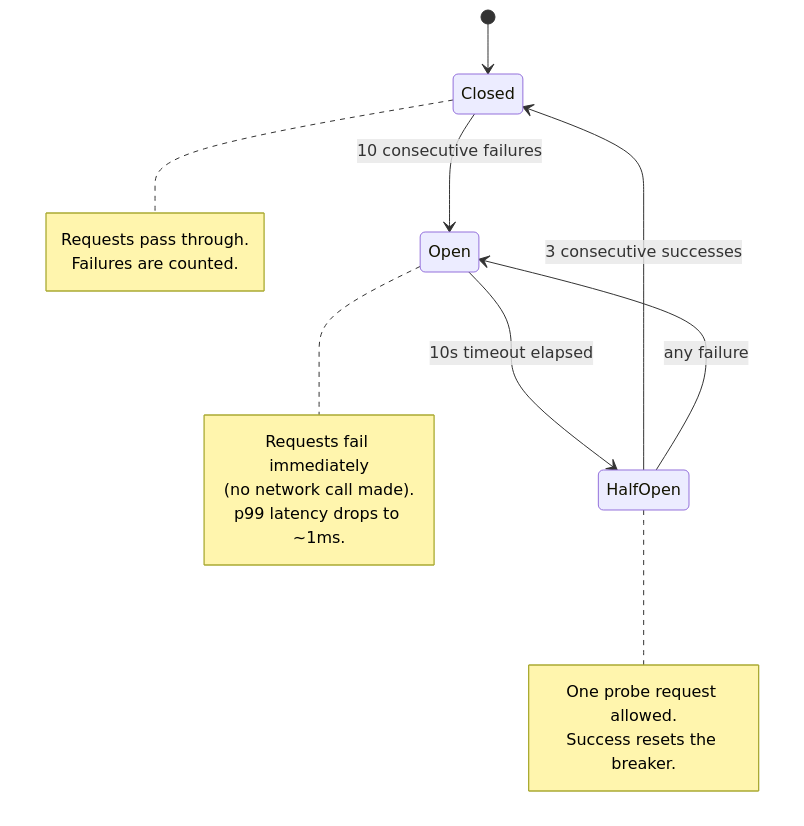
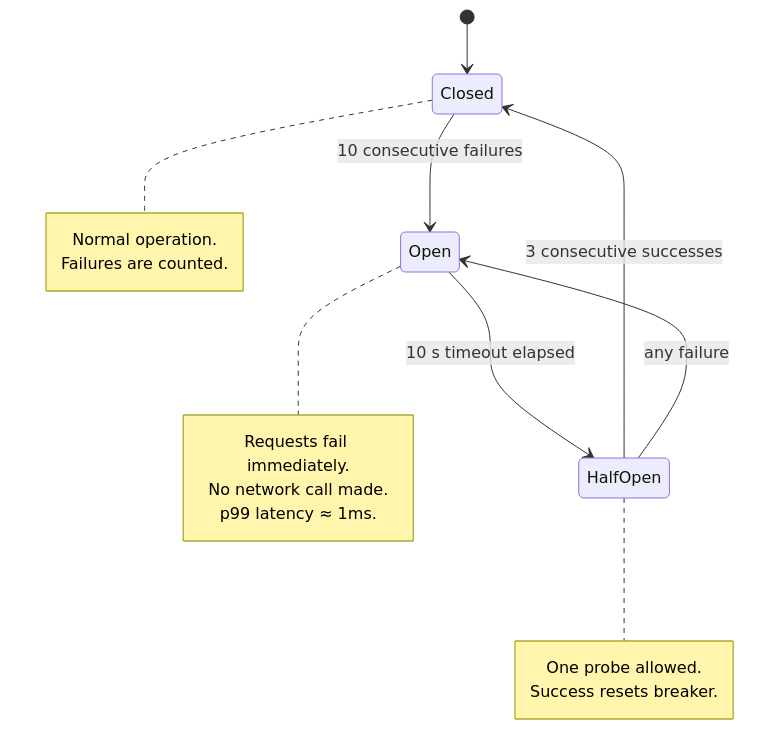
Before and after one commit to jhonesgoncalves/super-http-ts: the fourth of 6 diagrams in website/guide/nestjs-example.md, drawn with Mermaid. The commit also changed other lines of this file and 3 other files, not shown here.

First line of the commit message:
feat(docs): render Mermaid diagrams in VitePress docs site

````diff
--- a/website/guide/nestjs-example.md
+++ b/website/guide/nestjs-example.md
@@ -161,24 +127,25 @@
 ```mermaid
 stateDiagram-v2
     [*] --> Closed
 
     Closed --> Open : 10 consecutive failures
+    Open --> HalfOpen : 10 s timeout elapsed
+    HalfOpen --> Closed : 3 consecutive successes
+    HalfOpen --> Open : any failure
+
     note right of Closed
-        Requests pass through.
+        Normal operation.
         Failures are counted.
     end note
 
-    Open --> HalfOpen : 10s timeout elapsed
     note right of Open
-        Requests fail immediately
-        (no network call made).
-        p99 latency drops to ~1ms.
+        Requests fail immediately.
+        No network call made.
+        p99 latency ≈ 1ms.
     end note
 
-    HalfOpen --> Closed : 3 consecutive successes
-    HalfOpen --> Open   : any failure
     note right of HalfOpen
-        One probe request allowed.
-        Success resets the breaker.
+        One probe allowed.
+        Success resets breaker.
     end note
 ```
````
